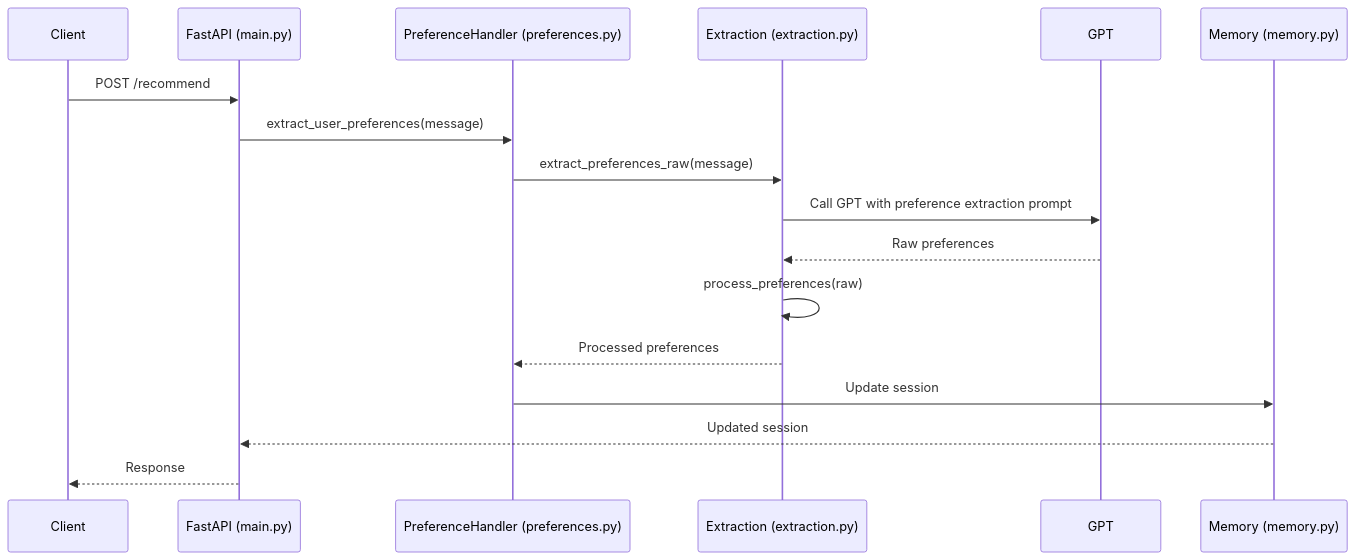
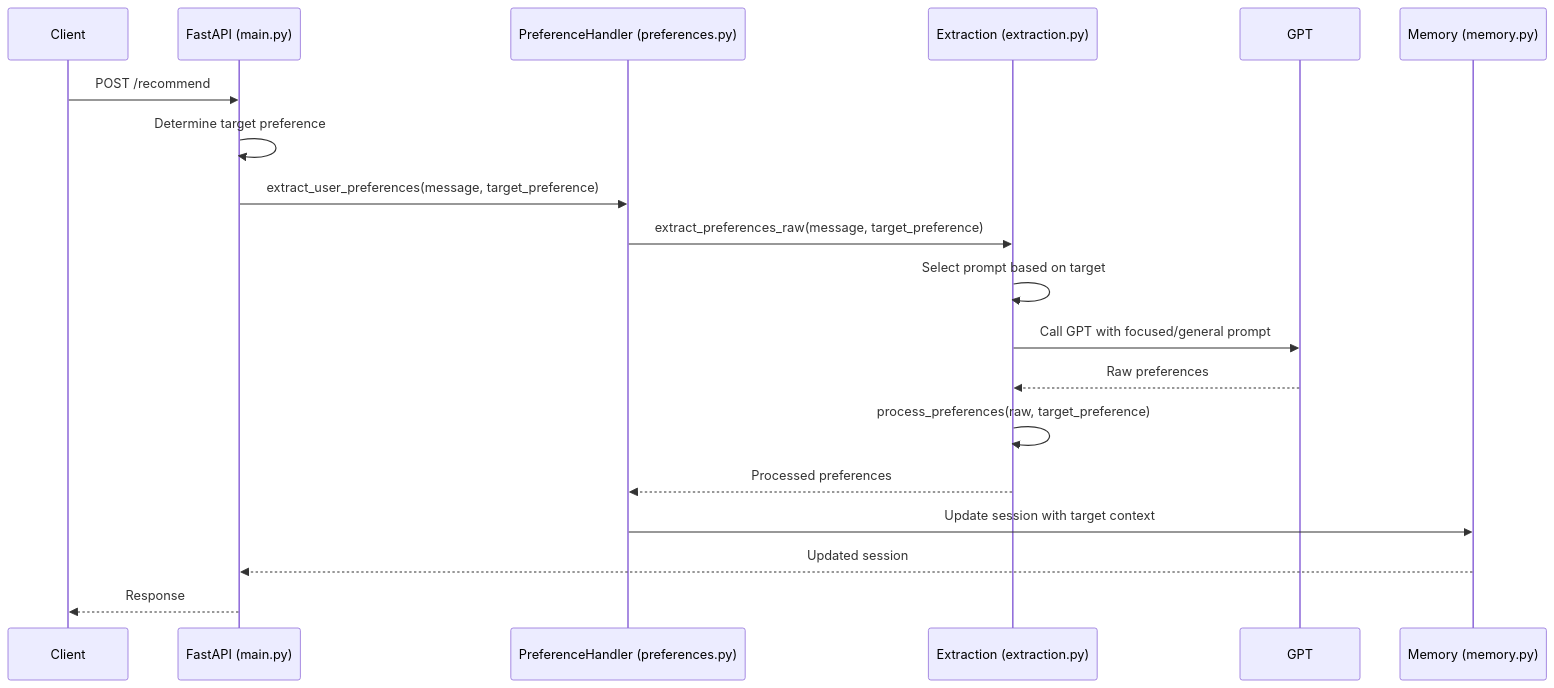
Before and after one commit to Omrile3/moodify: the diagram in backend/docs/WORKFLOW.md, drawn with Mermaid. The commit also changed other lines of this file and 5 other files, not shown here.

First line of the commit message:
Enhance preference extraction with target context support

````diff
--- a/backend/docs/WORKFLOW.md
+++ b/backend/docs/WORKFLOW.md
@@ -5,20 +5,22 @@
 ```mermaid
 sequenceDiagram
     participant Client
     participant FastAPI (main.py)
     participant PreferenceHandler (preferences.py)
     participant Extraction (extraction.py)
     participant GPT
     participant Memory (memory.py)
 
     Client->>FastAPI (main.py): POST /recommend
-    FastAPI (main.py)->>PreferenceHandler (preferences.py): extract_user_preferences(message)
-    PreferenceHandler (preferences.py)->>Extraction (extraction.py): extract_preferences_raw(message)
-    Extraction (extraction.py)->>GPT: Call GPT with preference extraction prompt
+    FastAPI (main.py)->>FastAPI (main.py): Determine target preference
+    FastAPI (main.py)->>PreferenceHandler (preferences.py): extract_user_preferences(message, target_preference)
+    PreferenceHandler (preferences.py)->>Extraction (extraction.py): extract_preferences_raw(message, target_preference)
+    Extraction (extraction.py)->>Extraction (extraction.py): Select prompt based on target
+    Extraction (extraction.py)->>GPT: Call GPT with focused/general prompt
     GPT-->>Extraction (extraction.py): Raw preferences
-    Extraction (extraction.py)->>Extraction (extraction.py): process_preferences(raw)
+    Extraction (extraction.py)->>Extraction (extraction.py): process_preferences(raw, target_preference)
     Extraction (extraction.py)-->>PreferenceHandler (preferences.py): Processed preferences
-    PreferenceHandler (preferences.py)->>Memory (memory.py): Update session
+    PreferenceHandler (preferences.py)->>Memory (memory.py): Update session with target context
     Memory (memory.py)-->>FastAPI (main.py): Updated session
     FastAPI (main.py)-->>Client: Response
 ```
````
